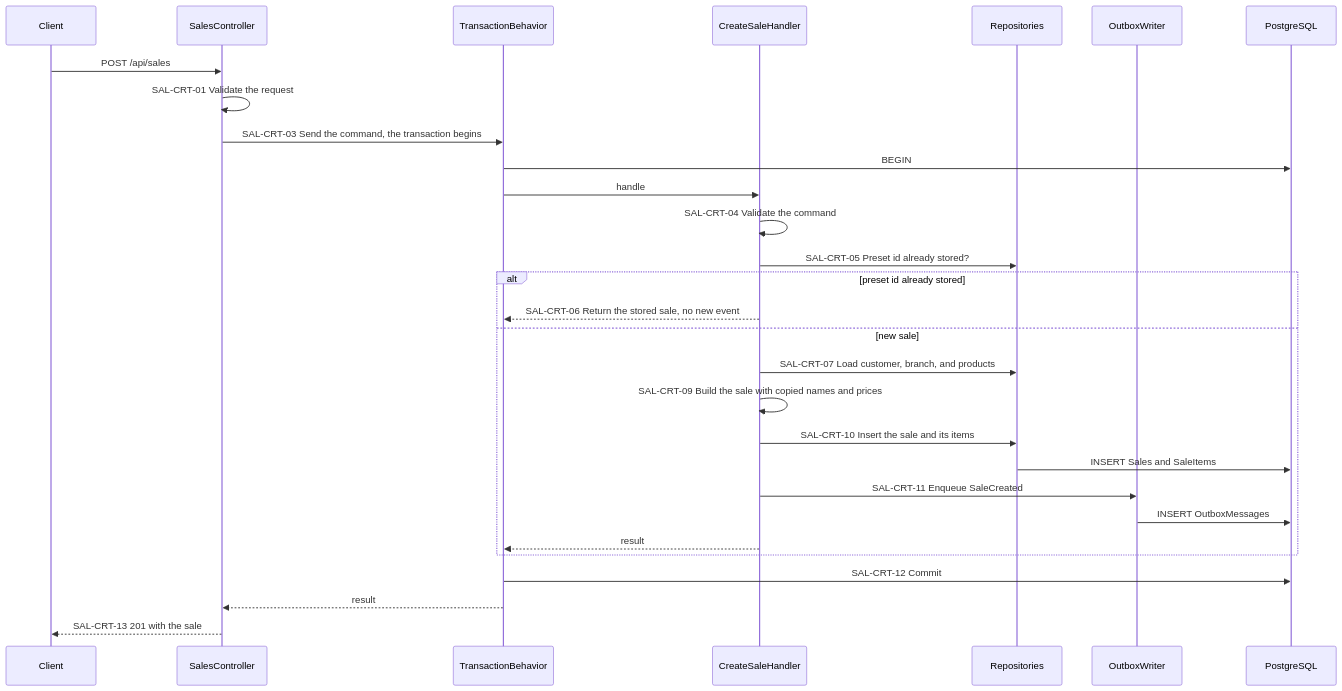
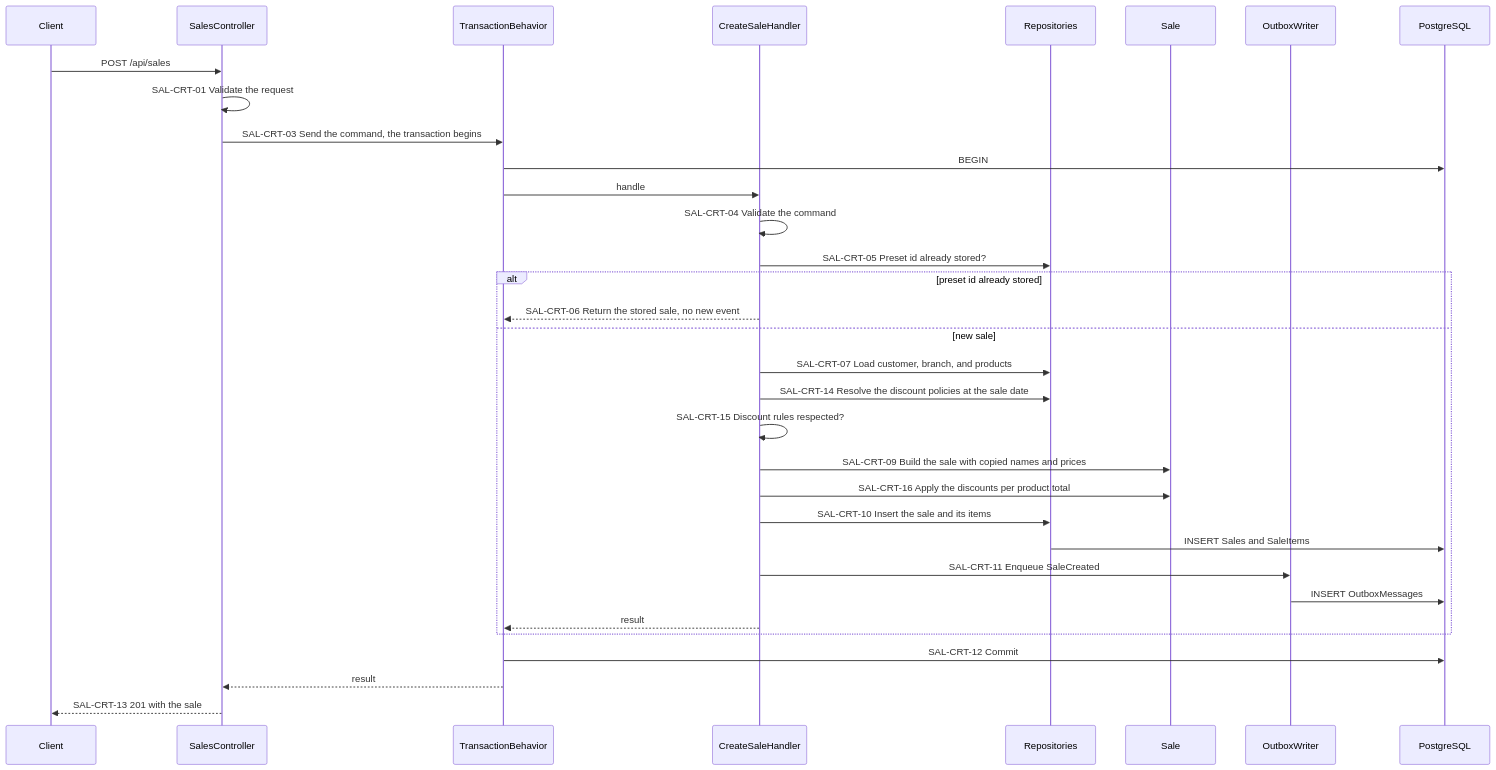
Before and after one commit to idg2/mouts-backend-challenge: the fourth of 21 diagrams in backend/docs/sales.md, drawn with Mermaid. The commit also changed other lines of this file and 128 other files, not shown here.

Commit message:
feat: discount policy matrix with append-only scoped policies, priced sale items, and policy disabling

````diff
--- a/backend/docs/sales.md
+++ b/backend/docs/sales.md
@@ -132,31 +141,35 @@
 ```mermaid
 sequenceDiagram
   participant C as Client
   participant K as SalesController
   participant T as TransactionBehavior
   participant H as CreateSaleHandler
   participant R as Repositories
+  participant S as Sale
   participant O as OutboxWriter
   participant P as PostgreSQL
   C->>K: POST /api/sales
   K->>K: SAL-CRT-01 Validate the request
   K->>T: SAL-CRT-03 Send the command, the transaction begins
   T->>P: BEGIN
   T->>H: handle
   H->>H: SAL-CRT-04 Validate the command
   H->>R: SAL-CRT-05 Preset id already stored?
   alt preset id already stored
     H-->>T: SAL-CRT-06 Return the stored sale, no new event
   else new sale
     H->>R: SAL-CRT-07 Load customer, branch, and products
-    H->>H: SAL-CRT-09 Build the sale with copied names and prices
+    H->>R: SAL-CRT-14 Resolve the discount policies at the sale date
+    H->>H: SAL-CRT-15 Discount rules respected?
+    H->>S: SAL-CRT-09 Build the sale with copied names and prices
+    H->>S: SAL-CRT-16 Apply the discounts per product total
     H->>R: SAL-CRT-10 Insert the sale and its items
     R->>P: INSERT Sales and SaleItems
     H->>O: SAL-CRT-11 Enqueue SaleCreated
     O->>P: INSERT OutboxMessages
     H-->>T: result
   end
   T->>P: SAL-CRT-12 Commit
   T-->>K: result
   K-->>C: SAL-CRT-13 201 with the sale
 ```
````
